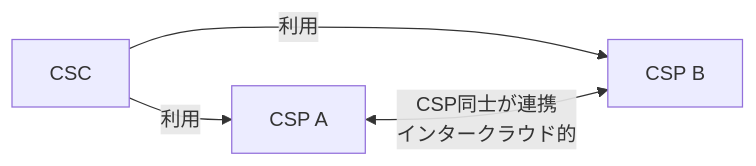
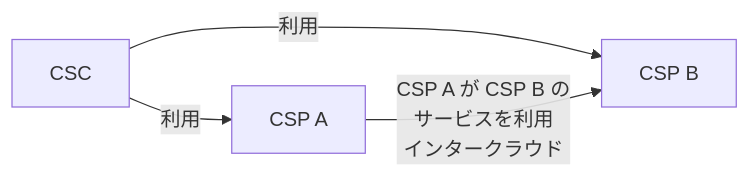
Diagram 12 of 14 in Iso-iec-22123-2-guide.md (myoshi2891/Cloud-Infrastructure-and-Network-Studies), drawn with Mermaid before and after one commit. The commit also changed other lines of this file and 5 other files, not shown here.

````diff
--- a/Iso-iec-22123-2-guide.md
+++ b/Iso-iec-22123-2-guide.md
@@ -731,9 +731,9 @@
 ```mermaid
 flowchart LR
     U1["CSC"]
     U2["CSP A"]
     U3["CSP B"]
     U1 -->|"利用"| U2
     U1 -->|"利用"| U3
-    U2 <-->|"CSP同士が連携<br/>インタークラウド的"| U3
+    U2 -->|"CSP A が CSP B の<br/>サービスを利用<br/>インタークラウド"| U3
 ```
````
